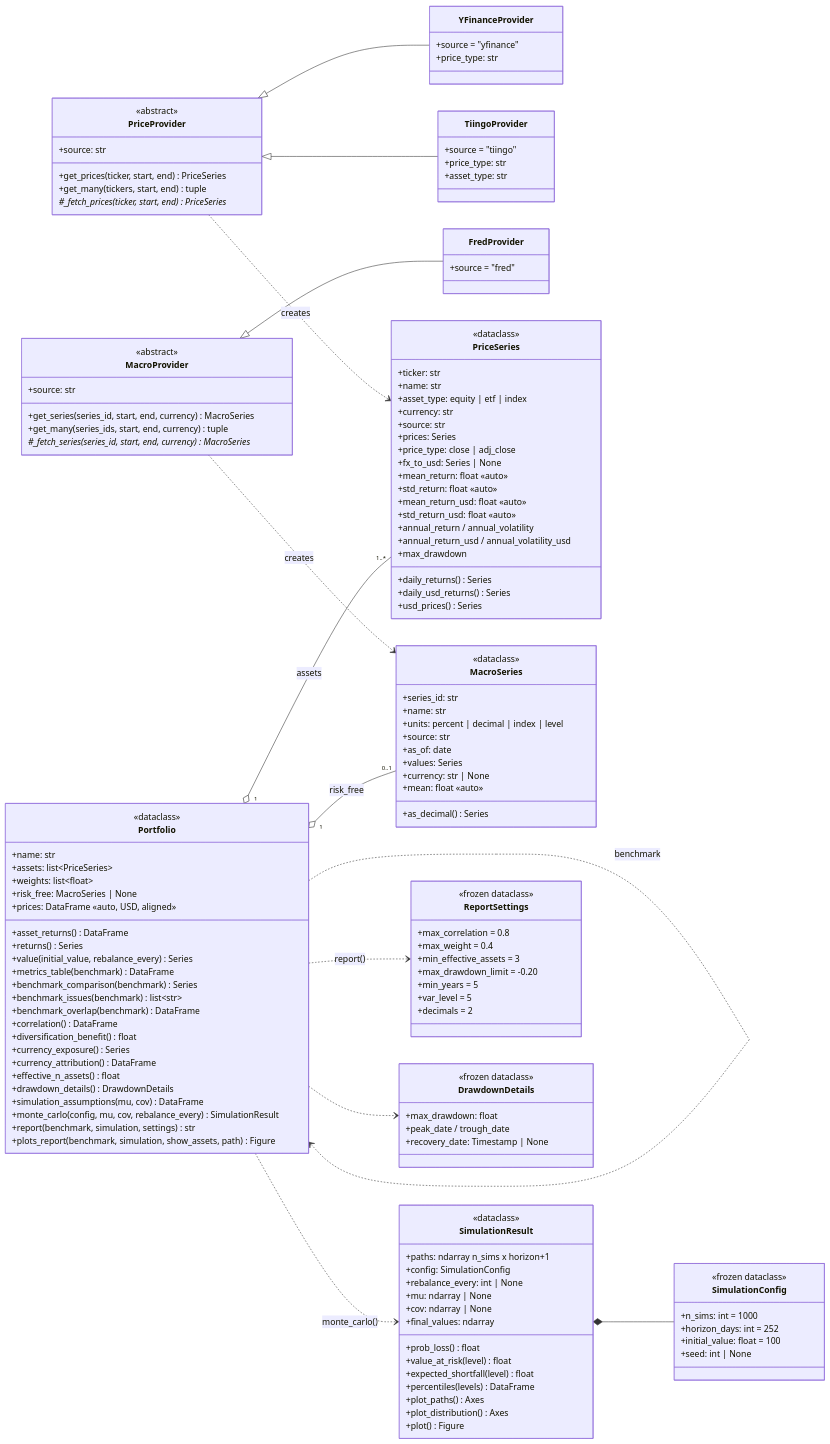
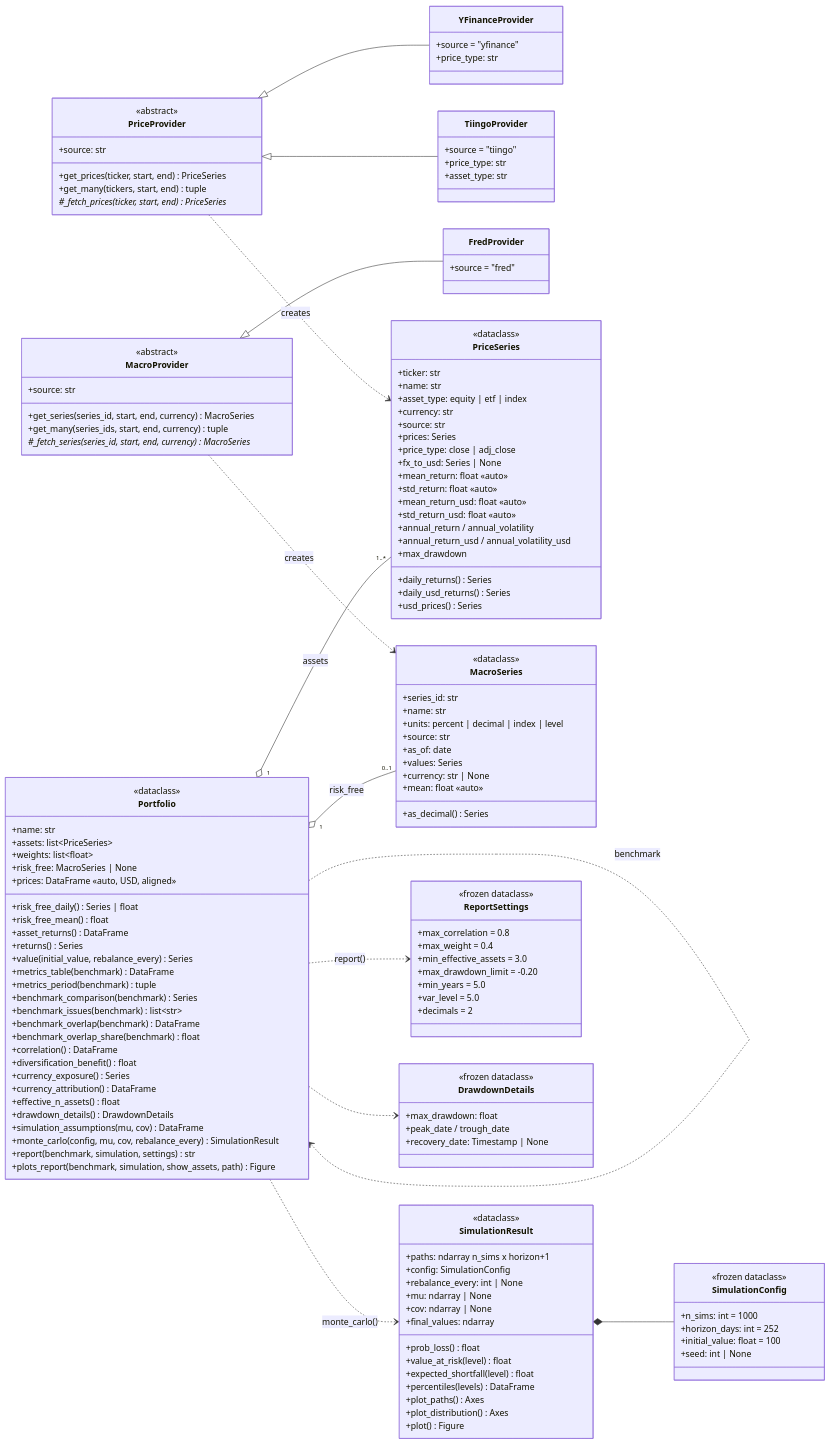
The third of 5 diagrams in docs/v2/architecture.md (patriciamartinm03/MIAX_Taller_B1_T1), drawn with Mermaid before and after one commit.

Commit message:
Add missing Portfolio methods to the class diagram

```diff
--- a/docs/v2/architecture.md
+++ b/docs/v2/architecture.md
@@ -216,13 +216,17 @@
         +weights: list~float~
         +risk_free: MacroSeries | None
         +prices: DataFrame  «auto, USD, aligned»
+        +risk_free_daily() Series | float
+        +risk_free_mean() float
         +asset_returns() DataFrame
         +returns() Series
         +value(initial_value, rebalance_every) Series
         +metrics_table(benchmark) DataFrame
+        +metrics_period(benchmark) tuple
         +benchmark_comparison(benchmark) Series
         +benchmark_issues(benchmark) list~str~
         +benchmark_overlap(benchmark) DataFrame
+        +benchmark_overlap_share(benchmark) float
         +correlation() DataFrame
         +diversification_benefit() float
         +currency_exposure() Series
@@ -262,10 +266,10 @@
         <<frozen dataclass>>
         +max_correlation = 0.8
         +max_weight = 0.4
-        +min_effective_assets = 3
+        +min_effective_assets = 3.0
         +max_drawdown_limit = -0.20
-        +min_years = 5
-        +var_level = 5
+        +min_years = 5.0
+        +var_level = 5.0
         +decimals = 2
     }
     class DrawdownDetails {
```
